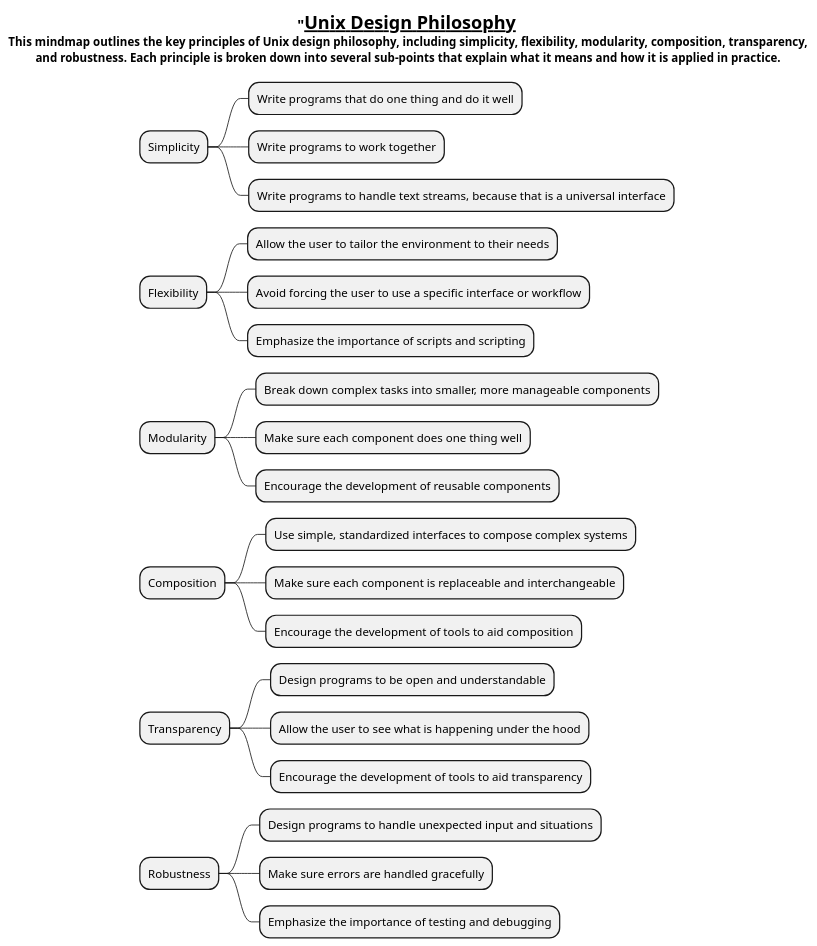
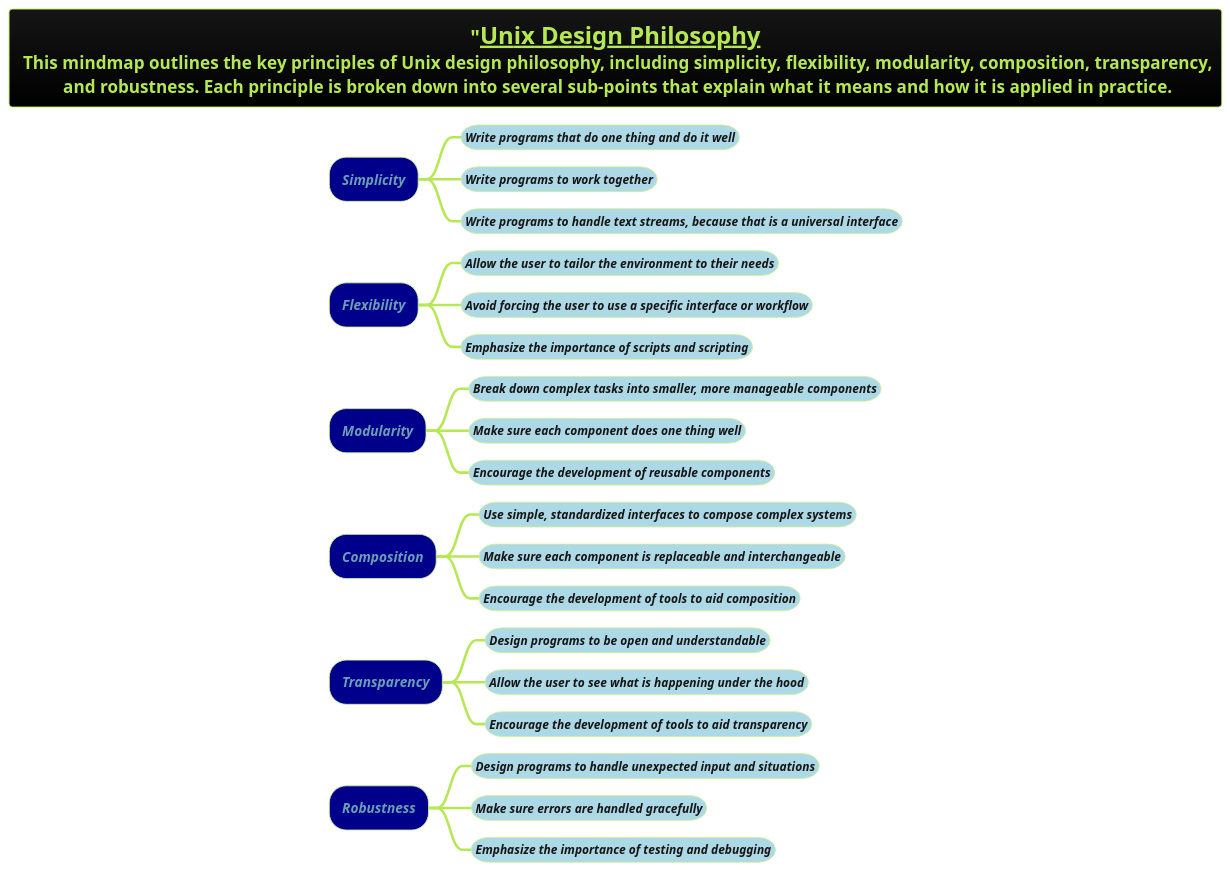
The diagram in docs/1-Requirement-Engineering/MVP-PoC-and-case-study/Unix-Design-Philosophy.puml (MehmoodHashmi/Documentation-as-Code-DaC), drawn with PlantUML before and after one commit. The commit also changed 5 other files, not shown here.

```diff
--- a/docs/1-Requirement-Engineering/MVP-PoC-and-case-study/Unix-Design-Philosophy.puml
+++ b/docs/1-Requirement-Engineering/MVP-PoC-and-case-study/Unix-Design-Philosophy.puml
@@ -1,38 +1,39 @@
 @startmindmap
 title = "__Unix Design Philosophy__\n This mindmap outlines the key principles of Unix design philosophy, including simplicity, flexibility, modularity, composition, transparency,\n and robustness. Each principle is broken down into several sub-points that explain what it means and how it is applied in practice.
+
+!theme hacker
 
 
 
 
+*[#darkblue] <i>Simplicity
+**[#lightblue] <i><size:14>Write programs that do one thing and do it well
+**[#lightblue] <i><size:14>Write programs to work together
+**[#lightblue] <i><size:14>Write programs to handle text streams, because that is a universal interface
 
-* Simplicity
-** Write programs that do one thing and do it well
-** Write programs to work together
-** Write programs to handle text streams, because that is a universal interface
+*[#darkblue] <i>Flexibility
+**[#lightblue] <i><size:14>Allow the user to tailor the environment to their needs
+**[#lightblue] <i><size:14>Avoid forcing the user to use a specific interface or workflow
+**[#lightblue] <i><size:14>Emphasize the importance of scripts and scripting
 
-* Flexibility
-** Allow the user to tailor the environment to their needs
-** Avoid forcing the user to use a specific interface or workflow
-** Emphasize the importance of scripts and scripting
+*[#darkblue] <i>Modularity
+**[#lightblue] <i><size:14>Break down complex tasks into smaller, more manageable components
+**[#lightblue] <i><size:14>Make sure each component does one thing well
+**[#lightblue] <i><size:14>Encourage the development of reusable components
 
-* Modularity
-** Break down complex tasks into smaller, more manageable components
-** Make sure each component does one thing well
-** Encourage the development of reusable components
+*[#darkblue] <i>Composition
+**[#lightblue] <i><size:14>Use simple, standardized interfaces to compose complex systems
+**[#lightblue] <i><size:14>Make sure each component is replaceable and interchangeable
+**[#lightblue] <i><size:14>Encourage the development of tools to aid composition
 
-* Composition
-** Use simple, standardized interfaces to compose complex systems
-** Make sure each component is replaceable and interchangeable
-** Encourage the development of tools to aid composition
+*[#darkblue] <i>Transparency
+**[#lightblue] <i><size:14>Design programs to be open and understandable
+**[#lightblue] <i><size:14>Allow the user to see what is happening under the hood
+**[#lightblue] <i><size:14>Encourage the development of tools to aid transparency
 
-* Transparency
-** Design programs to be open and understandable
-** Allow the user to see what is happening under the hood
-** Encourage the development of tools to aid transparency
-
-* Robustness
-** Design programs to handle unexpected input and situations
-** Make sure errors are handled gracefully
-** Emphasize the importance of testing and debugging
+*[#darkblue] <i>Robustness
+**[#lightblue] <i><size:14>Design programs to handle unexpected input and situations
+**[#lightblue] <i><size:14>Make sure errors are handled gracefully
+**[#lightblue] <i><size:14>Emphasize the importance of testing and debugging
 
 @endmindmap
```
